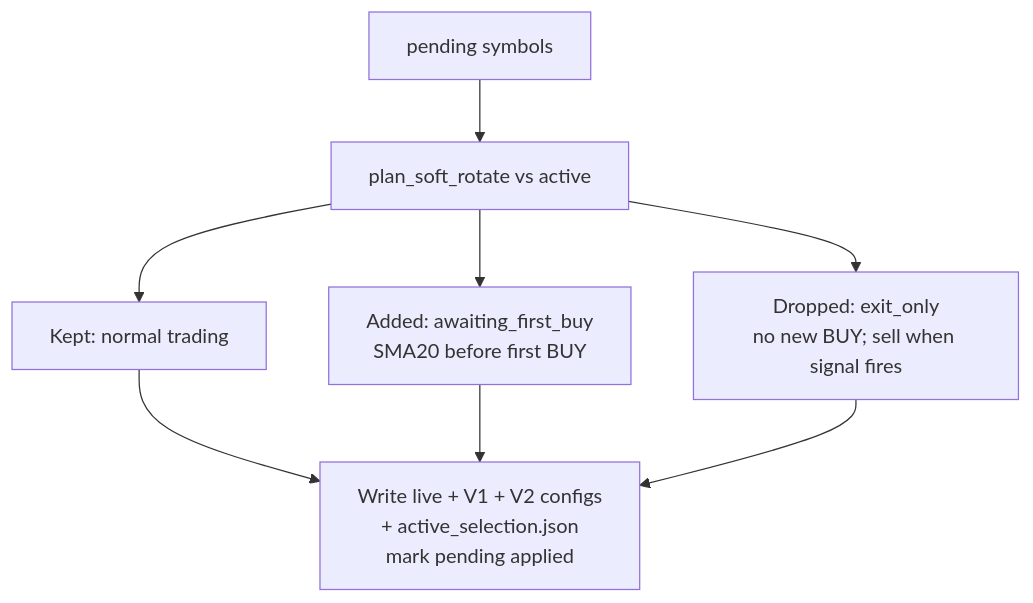
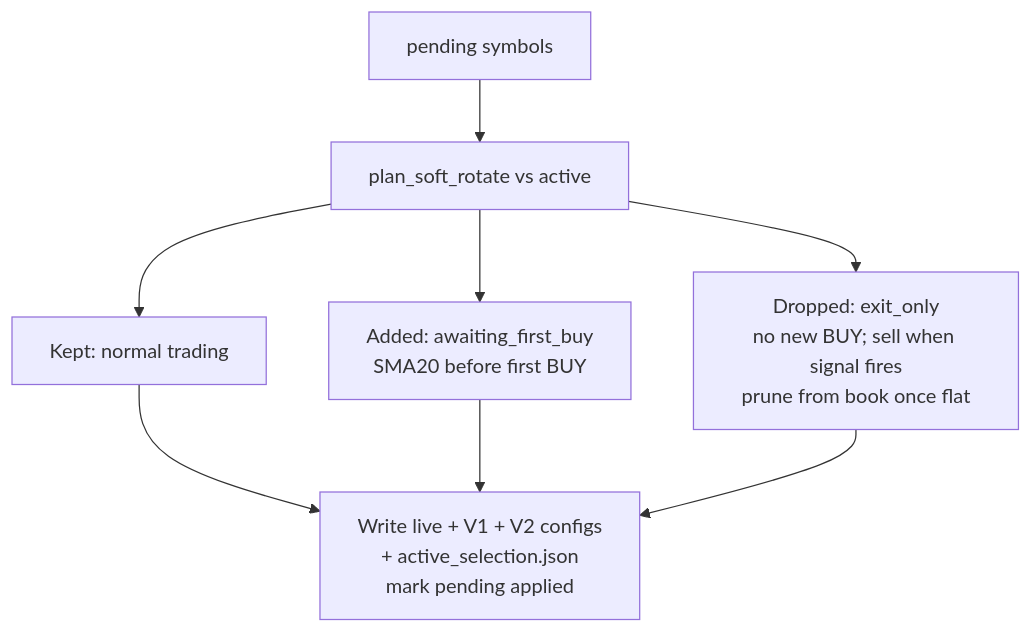
One commit to phungthien97/autonomous-trade-alerts changed the sixth of 9 diagrams in docs/bot_architecture.md. Above: the diagram before and after it, drawn with Mermaid. The commit also changed other lines of this file and 36 other files, not shown here.

````diff
--- a/docs/bot_architecture.md
+++ b/docs/bot_architecture.md
@@ -185,10 +205,10 @@
 ```mermaid
 flowchart TD
   P["pending symbols"] --> Diff["plan_soft_rotate vs active"]
   Diff --> Keep["Kept: normal trading"]
   Diff --> Add["Added: awaiting_first_buy<br/>SMA20 before first BUY"]
-  Diff --> Drop["Dropped: exit_only<br/>no new BUY; sell when signal fires"]
+  Diff --> Drop["Dropped: exit_only<br/>no new BUY; sell when signal fires<br/>prune from book once flat"]
   Keep --> Write["Write live + V1 + V2 configs<br/>+ active_selection.json<br/>mark pending applied"]
   Add --> Write
   Drop --> Write
 ```
````
